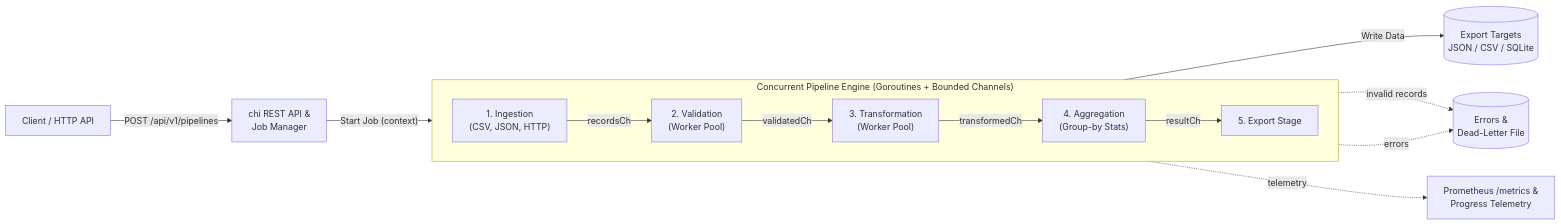
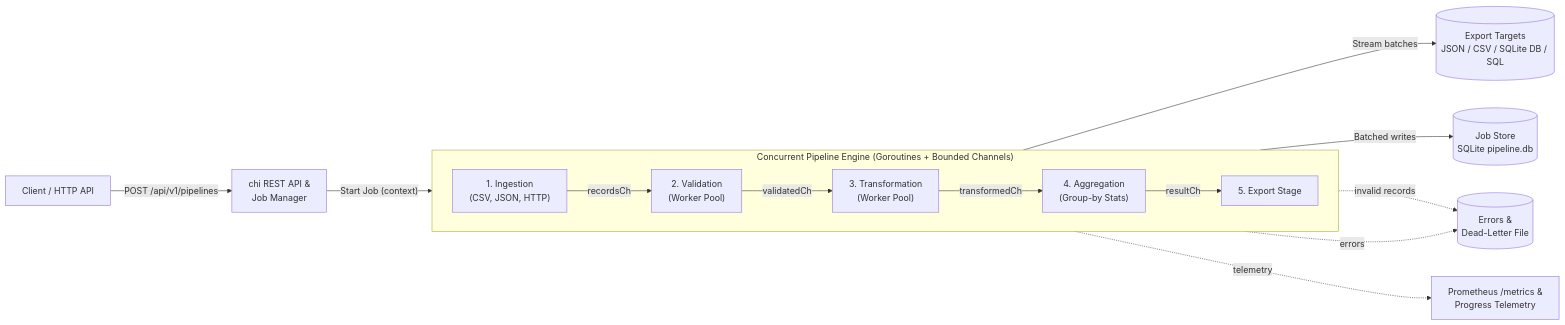
One commit to anandmindfire/Data_Processing_Pipeline changed the diagram in README.md. Above: the diagram before and after it, drawn with Mermaid. The commit also changed other lines of this file and 118 other files, not shown here.

Commit message:
refactor: streamline architecture, eliminate dead code, and expand test coverage

````diff
--- a/README.md
+++ b/README.md
@@ -61,18 +65,19 @@
 ```mermaid
 flowchart LR
     CLIENT["Client / HTTP API"] -->|"POST /api/v1/pipelines"| API["chi REST API &<br/>Job Manager"]
     API -->|"Start Job (context)"| INGEST
 
     subgraph PIPELINE ["Concurrent Pipeline Engine (Goroutines + Bounded Channels)"]
         direction LR
         INGEST["1. Ingestion<br/>(CSV, JSON, HTTP)"] -->|"recordsCh"| VAL["2. Validation<br/>(Worker Pool)"]
         VAL -->|"validatedCh"| TRANS["3. Transformation<br/>(Worker Pool)"]
         TRANS -->|"transformedCh"| AGG["4. Aggregation<br/>(Group-by Stats)"]
         AGG -->|"resultCh"| EXP["5. Export Stage"]
     end
 
-    EXP -->|"Write Data"| SINKS[("Export Targets<br/>JSON / CSV / SQLite")]
+    EXP -->|"Stream batches"| SINKS[("Export Targets<br/>JSON / CSV / SQLite DB / SQL")]
+    EXP -->|"Batched writes"| STORE[("Job Store<br/>SQLite pipeline.db")]
     VAL -.->|"invalid records"| DLQ[("Errors &<br/>Dead-Letter File")]
     TRANS -.->|"errors"| DLQ
     PIPELINE -.->|"telemetry"| METRICS["Prometheus /metrics &<br/>Progress Telemetry"]
 ```
````
